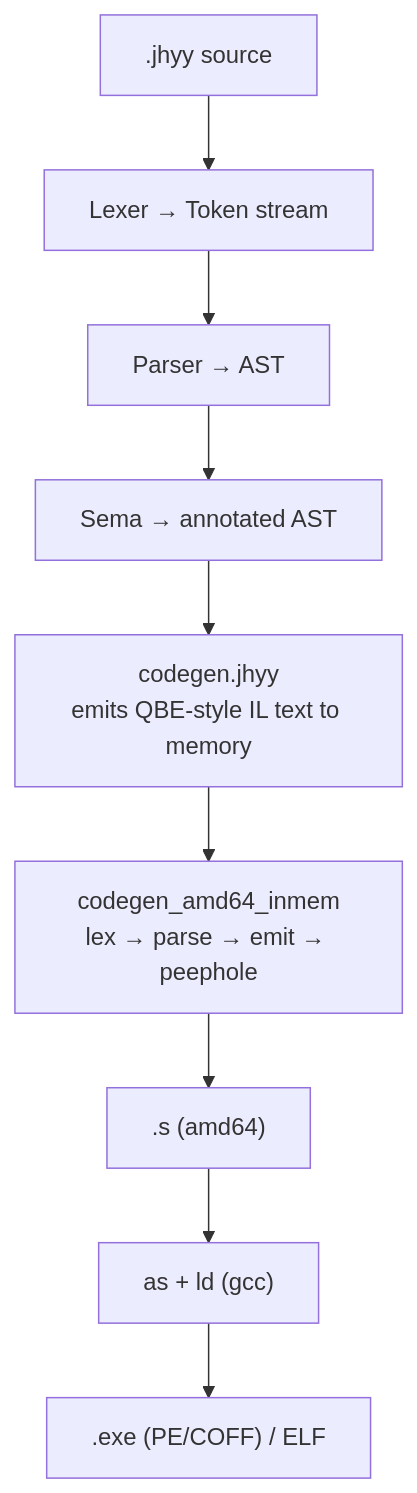
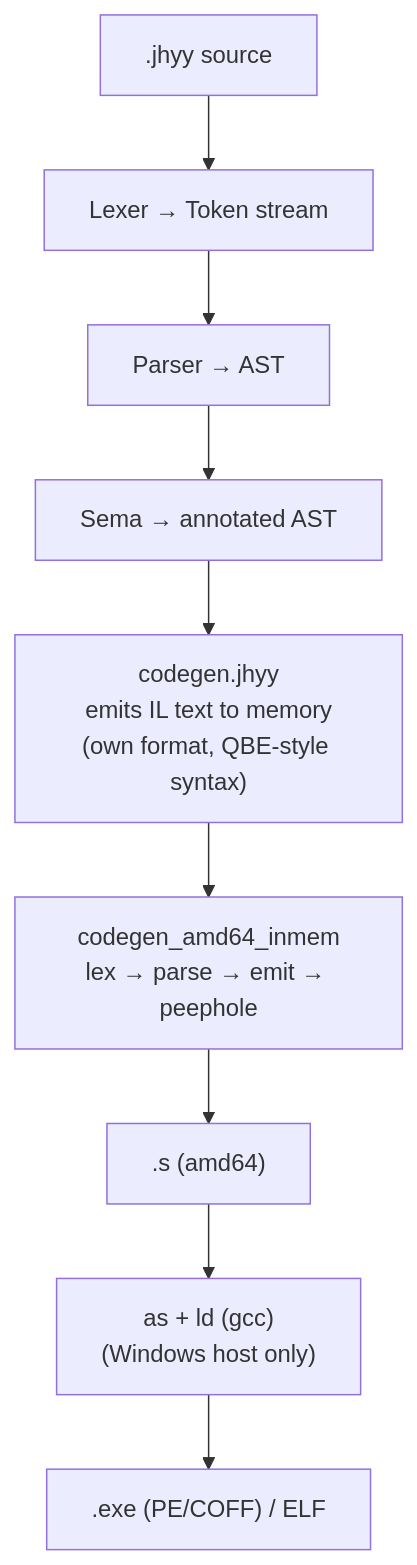
One commit to JiHuiYiYou/JiHuiYiYou-compiler changed the diagram in README.md. Above: the diagram before and after it, drawn with Mermaid. The commit also changed other lines of this file and 38 other files, not shown here.

````diff
--- a/README.md
+++ b/README.md
@@ -270,11 +386,11 @@
 ```mermaid
 flowchart TB
     src[".jhyy source"] --> lex["Lexer → Token stream"]
     lex --> parse["Parser → AST"]
     parse --> sema["Sema → annotated AST"]
-    sema --> il["codegen.jhyy<br/>emits QBE-style IL text to memory"]
+    sema --> il["codegen.jhyy<br/>emits IL text to memory<br/>(own format, QBE-style syntax)"]
     il --> sb["codegen_amd64_inmem<br/>lex → parse → emit → peephole"]
     sb --> asm[".s (amd64)"]
-    asm --> ln["as + ld (gcc)"]
+    asm --> ln["as + ld (gcc)<br/>(Windows host only)"]
     ln --> exe[".exe (PE/COFF) / ELF"]
 ```
````
